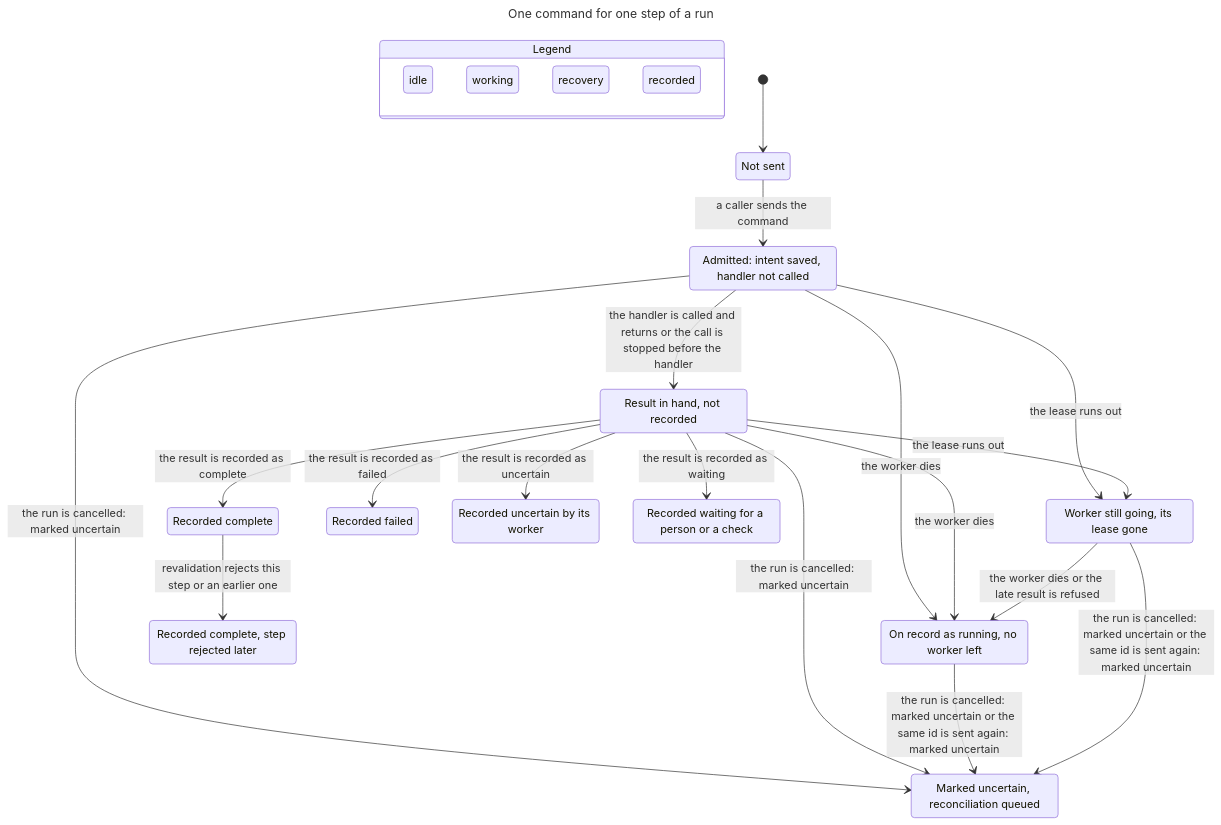
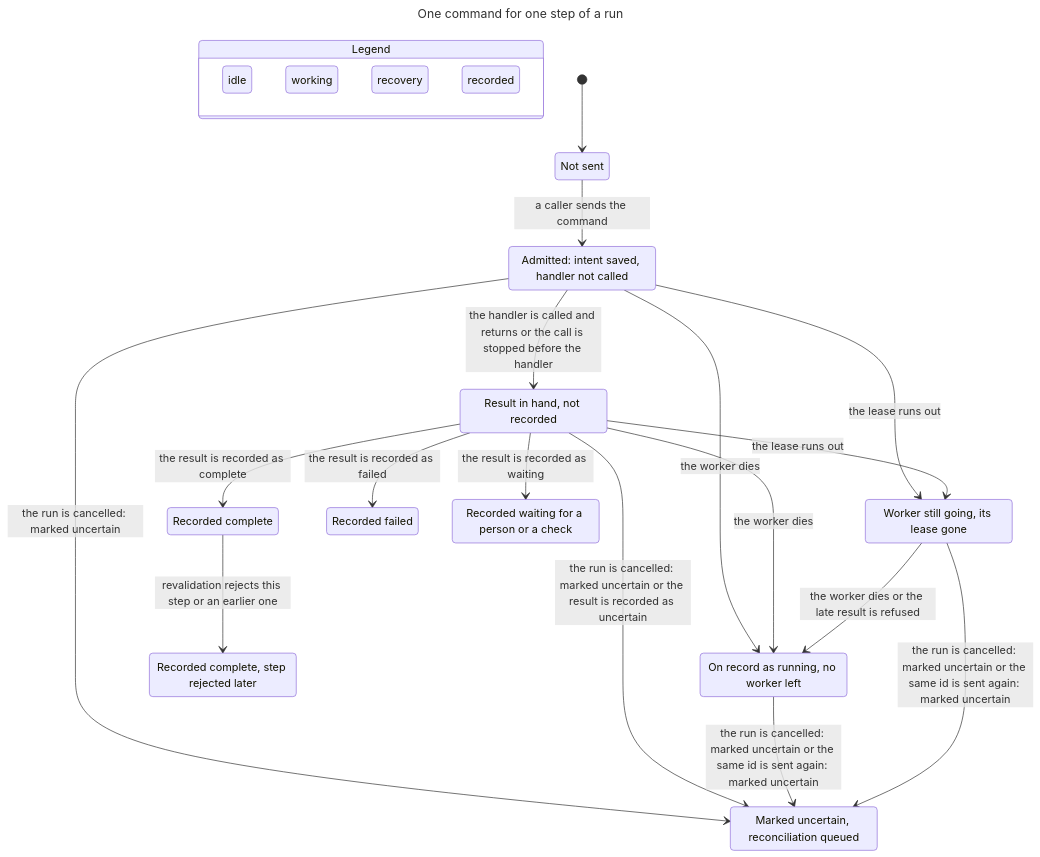
Before and after one commit to Tyler-R-Kendrick/ceremony: the diagram in verification/commands/chart.mmd, drawn with Mermaid. The commit also changed 24 other files, not shown here.

```diff
--- a/verification/commands/chart.mmd
+++ b/verification/commands/chart.mmd
@@ -1,53 +1,50 @@
 ---
 title: "One command for one step of a run"
 ---
 stateDiagram-v2
   state "Legend" as legend {
     lg0: idle
     lg1: working
     lg2: recovery
     lg3: recorded
   }
   class lg0 tan
   class lg1 blue
   class lg2 orange
   class lg3 purple
   s0: Not sent
   s1: Admitted: intent saved, handler not called
   s2: Result in hand, not recorded
   s3: On record as running, no worker left
   s4: Worker still going, its lease gone
   s5: Marked uncertain, reconciliation queued
   s6: Recorded complete
   s7: Recorded failed
-  s8: Recorded uncertain by its worker
-  s9: Recorded waiting for a person or a check
-  s10: Recorded complete, step rejected later
+  s8: Recorded waiting for a person or a check
+  s9: Recorded complete, step rejected later
   [*] --> s0
   s0 --> s1: a caller sends the command
   s1 --> s2: the handler is called and returns or the call is stopped before the handler
   s1 --> s3: the worker dies
   s1 --> s4: the lease runs out
   s1 --> s5: the run is cancelled: marked uncertain
   s2 --> s3: the worker dies
   s2 --> s4: the lease runs out
   s2 --> s6: the result is recorded as complete
-  s2 --> s5: the run is cancelled: marked uncertain
+  s2 --> s5: the run is cancelled: marked uncertain or the result is recorded as uncertain
   s2 --> s7: the result is recorded as failed
   s3 --> s5: the run is cancelled: marked uncertain or the same id is sent again: marked uncertain
-  s2 --> s8: the result is recorded as uncertain
-  s2 --> s9: the result is recorded as waiting
+  s2 --> s8: the result is recorded as waiting
   s4 --> s5: the run is cancelled: marked uncertain or the same id is sent again: marked uncertain
   s4 --> s3: the worker dies or the late result is refused
-  s6 --> s10: revalidation rejects this step or an earlier one
+  s6 --> s9: revalidation rejects this step or an earlier one
   class s0 tan
   class s1 blue
   class s2 blue
   class s3 orange
   class s4 blue
   class s5 purple
   class s6 purple
   class s7 purple
   class s8 purple
   class s9 purple
-  class s10 purple
```
